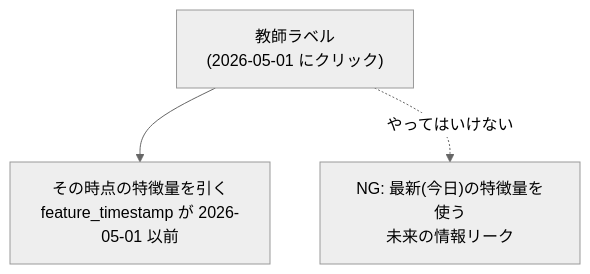
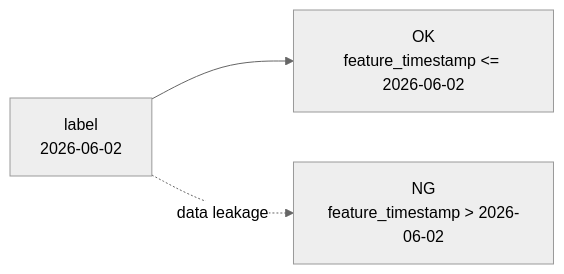
The second of 2 diagrams in docs/Feature-store入門.md (kurosawa-kuro/study-gcp-feature-store-offline), drawn with Mermaid (neutral theme) before and after one commit. The commit also changed other lines of this file and 26 other files, not shown here.

````diff
--- a/docs/Feature-store入門.md
+++ b/docs/Feature-store入門.md
@@ -224,8 +250,9 @@
 ```mermaid
-graph TB
-    label["教師ラベル<br/>(2026-05-01 にクリック)"]
-    feat["その時点の特徴量を引く<br/>feature_timestamp が 2026-05-01 以前"]
-    bad["NG: 最新(今日)の特徴量を使う<br/>未来の情報リーク"]
-    label --> feat
-    label -.->|"やってはいけない"| bad
+graph LR
+    L["label<br/>2026-06-02"]
+    OK["OK<br/>feature_timestamp <= 2026-06-02"]
+    NG["NG<br/>feature_timestamp > 2026-06-02"]
+
+    L --> OK
+    L -. data leakage .-> NG
 ```
````
